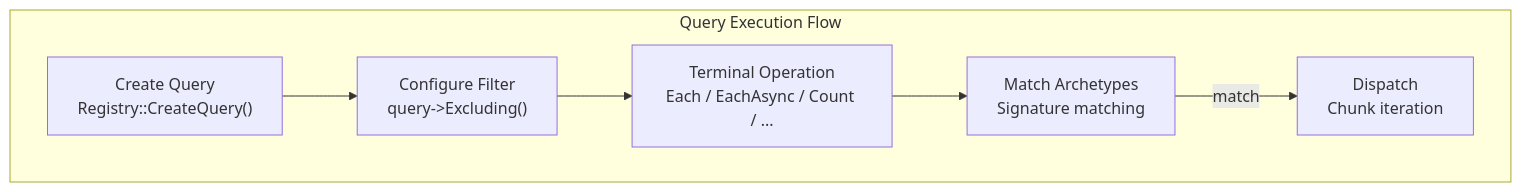
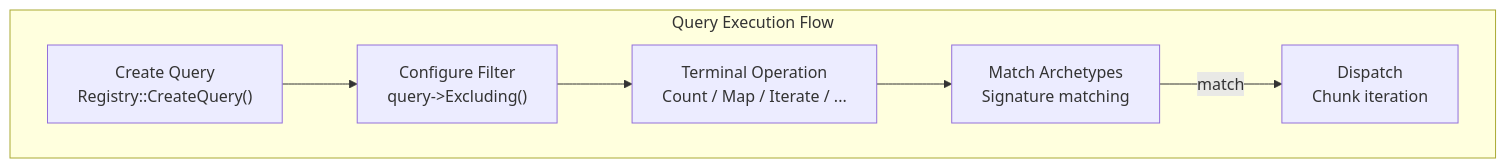
The diagram in docs/api/query.md (gilmar-sales/Freyr), drawn with Mermaid before and after one commit. The commit also changed other lines of this file and 24 other files, not shown here.

````diff
--- a/docs/api/query.md
+++ b/docs/api/query.md
@@ -16,15 +16,15 @@
 ```mermaid
 graph TB
     subgraph QueryFlow["Query Execution Flow"]
         Q["Create Query<br/>Registry::CreateQuery()"]
         F["Configure Filter<br/>query->Excluding<Ts...>()"]
-        T["Terminal Operation<br/>Each / EachAsync / Count / ..."]
+        T["Terminal Operation<br/>Count / Map / Iterate / ..."]
         M["Match Archetypes<br/>Signature matching"]
         D["Dispatch<br/>Chunk iteration"]
     end
 
     Q --> F --> T
     T --> M
     M -->|match| D
 
 ```
````
